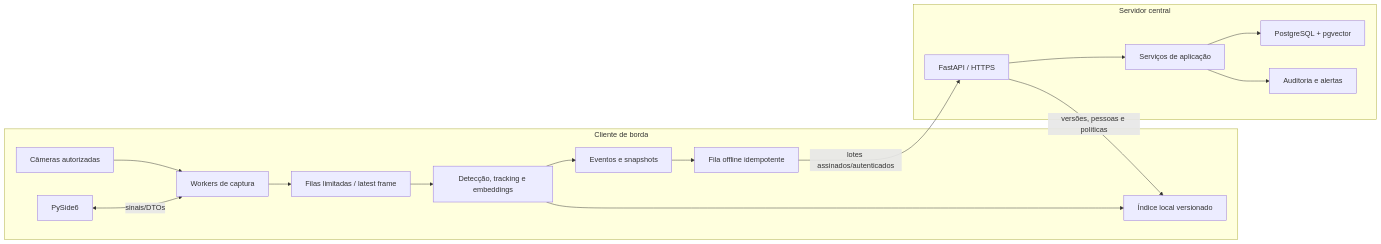
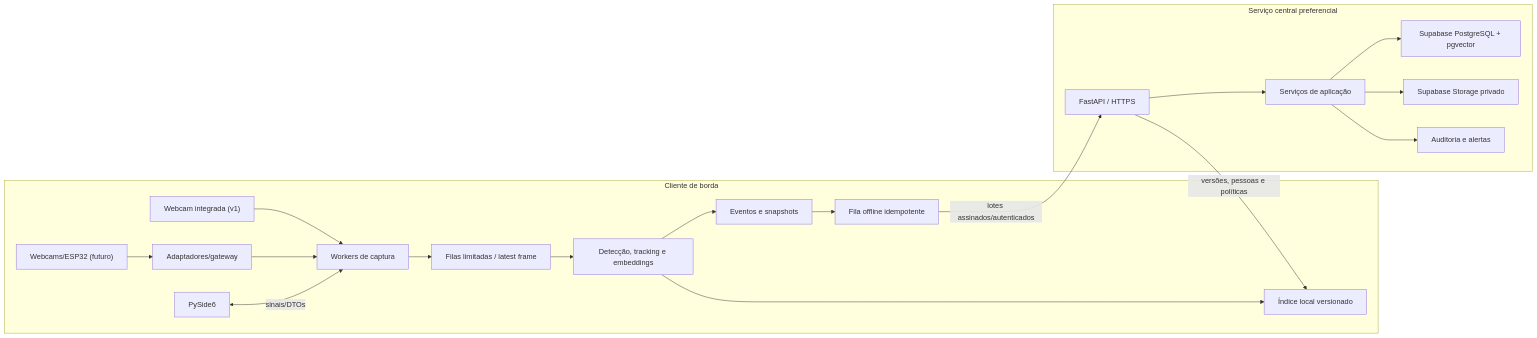
Before and after one commit to gcazuche/smart-environment: the first of 3 diagrams in .planning/ARCHITECTURE.md, drawn with Mermaid. The commit also changed other lines of this file and 18 other files, not shown here.

Commit message:
docs(planning): define Supabase and ESP32 evolution

````diff
--- a/.planning/ARCHITECTURE.md
+++ b/.planning/ARCHITECTURE.md
@@ -10,19 +10,21 @@
 ```mermaid
 flowchart LR
     subgraph Edge["Cliente de borda"]
-        C["Câmeras autorizadas"] --> CAP["Workers de captura"]
+        W["Webcam integrada (v1)"] --> CAP["Workers de captura"]
+        E["Webcams/ESP32 (futuro)"] --> ING["Adaptadores/gateway"] --> CAP
         CAP --> Q["Filas limitadas / latest frame"]
         Q --> INF["Detecção, tracking e embeddings"]
         INF --> MATCH["Índice local versionado"]
         INF --> EV["Eventos e snapshots"]
         EV --> OQ["Fila offline idempotente"]
         UI["PySide6"] <-->|"sinais/DTOs"| CAP
     end
-    subgraph Central["Servidor central"]
+    subgraph Central["Serviço central preferencial"]
         API["FastAPI / HTTPS"] --> SVC["Serviços de aplicação"]
-        SVC --> PG["PostgreSQL + pgvector"]
+        SVC --> PG["Supabase PostgreSQL + pgvector"]
+        SVC --> OBJ["Supabase Storage privado"]
         SVC --> AUD["Auditoria e alertas"]
     end
     OQ -->|"lotes assinados/autenticados"| API
     API -->|"versões, pessoas e políticas"| MATCH
 ```
````
